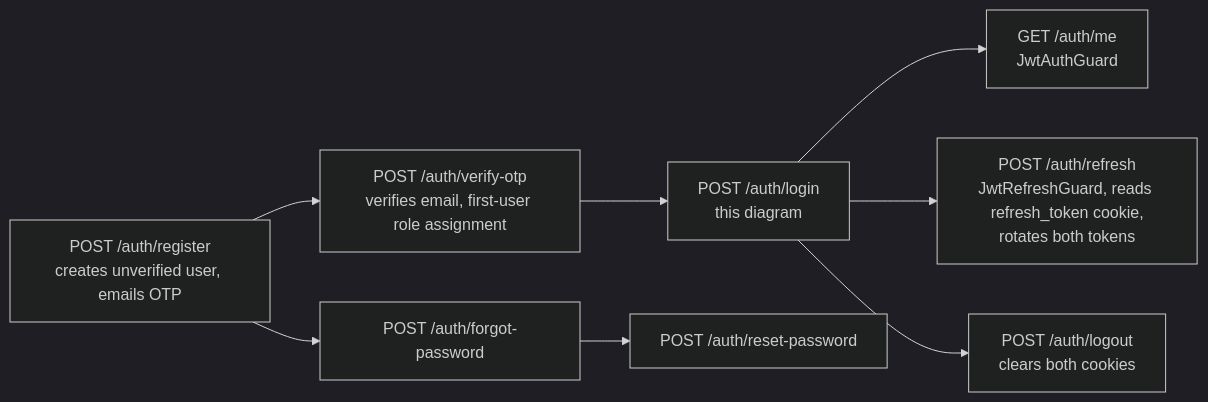
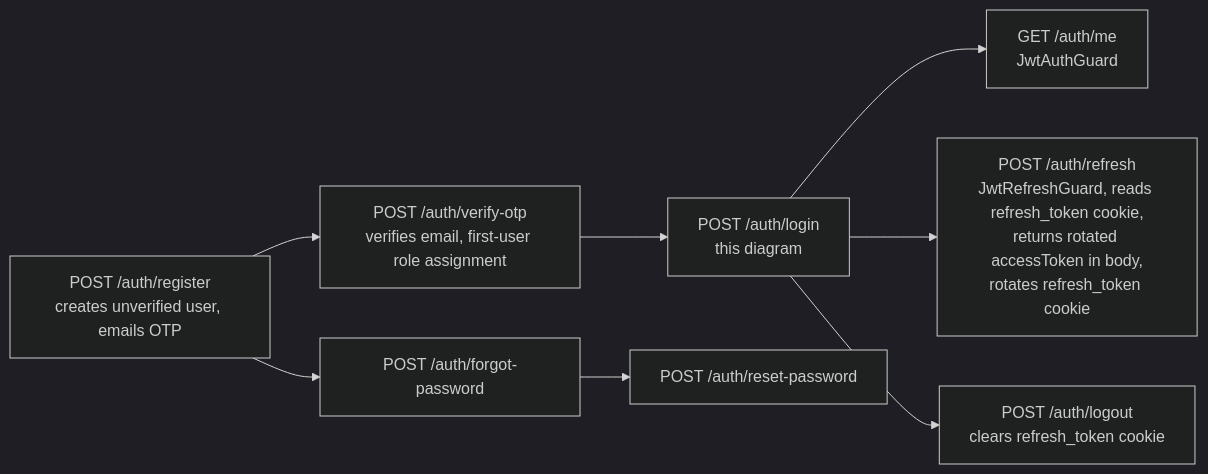
Before and after one commit to hungnh1812dev/abyssoftime-cms-api: the second of 2 diagrams in apps/cms-api/docs/diagrams/login-flow-diagram.md, drawn with Mermaid (dark theme). The commit also changed other lines of this file and 6 other files, not shown here.

First line of the commit message:
docs(cms-api): update auth docs and flow diagrams for the Bearer-header migration

````diff
--- a/apps/cms-api/docs/diagrams/login-flow-diagram.md
+++ b/apps/cms-api/docs/diagrams/login-flow-diagram.md
@@ -72,10 +72,10 @@
 ```mermaid
 flowchart LR
     Reg["POST /auth/register<br/>creates unverified user, emails OTP"] --> Verify["POST /auth/verify-otp<br/>verifies email, first-user role assignment"]
     Verify --> Login["POST /auth/login<br/>this diagram"]
     Login --> Me["GET /auth/me<br/>JwtAuthGuard"]
-    Login --> Refresh["POST /auth/refresh<br/>JwtRefreshGuard, reads refresh_token cookie,<br/>rotates both tokens"]
-    Login --> Logout["POST /auth/logout<br/>clears both cookies"]
+    Login --> Refresh["POST /auth/refresh<br/>JwtRefreshGuard, reads refresh_token cookie,<br/>returns rotated accessToken in body,<br/>rotates refresh_token cookie"]
+    Login --> Logout["POST /auth/logout<br/>clears refresh_token cookie"]
     Reg --> Forgot["POST /auth/forgot-password"]
     Forgot --> Reset["POST /auth/reset-password"]
 ```
````
